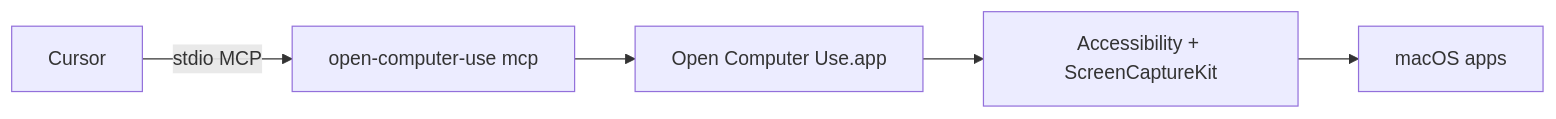
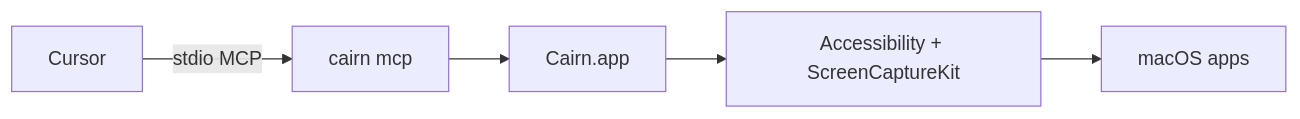
The diagram in README.md (PowerBeef/cursor-computer-use-mcp), drawn with Mermaid before and after one commit. The commit also changed other lines of this file and 16 other files, not shown here.

````diff
--- a/README.md
+++ b/README.md
@@ -62,7 +64,7 @@
 ```mermaid
 flowchart LR
-  Cursor[Cursor] -->|stdio MCP| CLI[open-computer-use mcp]
-  CLI --> App[Open Computer Use.app]
+  Cursor[Cursor] -->|stdio MCP| CLI[cairn mcp]
+  CLI --> App[Cairn.app]
   App --> AX[Accessibility + ScreenCaptureKit]
   AX --> UI[macOS apps]
 ```
````
